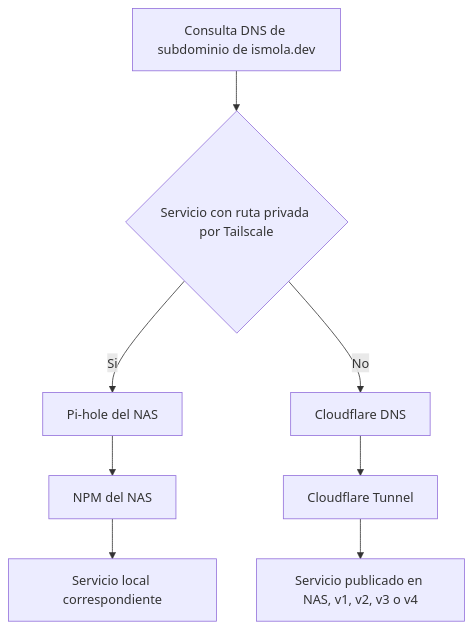
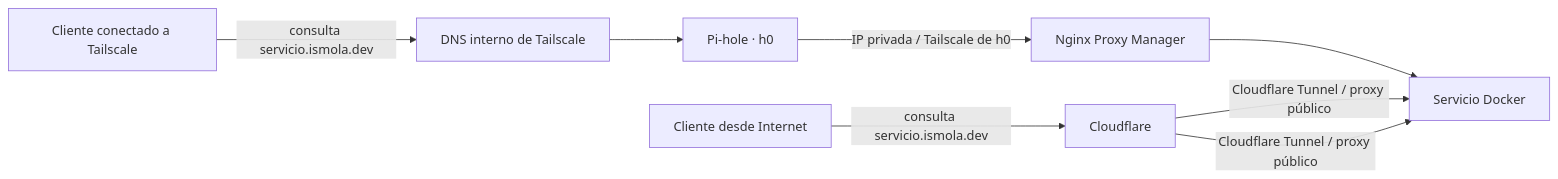
The third of 4 diagrams in README.md (Ismola/homelab), drawn with Mermaid before and after one commit. The commit also changed other lines of this file, not shown here.

Commit message:
update readme with homelab overview and architecture

````diff
--- a/README.md
+++ b/README.md
@@ -171,15 +108,20 @@
 ```mermaid
-flowchart TD
- Query["Consulta DNS de subdominio de ismola.dev"]
- Split{"Servicio con ruta privada por Tailscale"}
- PiHole["Pi-hole del NAS"]
- NPM["NPM del NAS"]
- LocalService["Servicio local correspondiente"]
- CFDNS["Cloudflare DNS"]
- CFTunnel["Cloudflare Tunnel"]
- RemoteTarget["Servicio publicado en NAS, v1, v2, v3 o v4"]
+flowchart LR
+    tailscaleClient["Cliente conectado a Tailscale"]
+    internetClient["Cliente desde Internet"]
 
- Query --> Split
- Split -->|"Si"| PiHole --> NPM --> LocalService
- Split -->|"No"| CFDNS --> CFTunnel --> RemoteTarget
+    tailscaleDNS["DNS interno de Tailscale"]
+    pihole["Pi-hole · h0"]
+    npm["Nginx Proxy Manager"]
+    cloudflare["Cloudflare"]
+    service["Servicio Docker"]
+
+    tailscaleClient -->|"consulta servicio.ismola.dev"| tailscaleDNS
+    tailscaleDNS --> pihole
+    pihole -->|"IP privada / Tailscale de h0"| npm
+    npm --> service
+
+    internetClient -->|"consulta servicio.ismola.dev"| cloudflare
+    cloudflare -->|"Cloudflare Tunnel / proxy público"| service
+    cloudflare -->|"Cloudflare Tunnel / proxy público"| service
 ```
````
